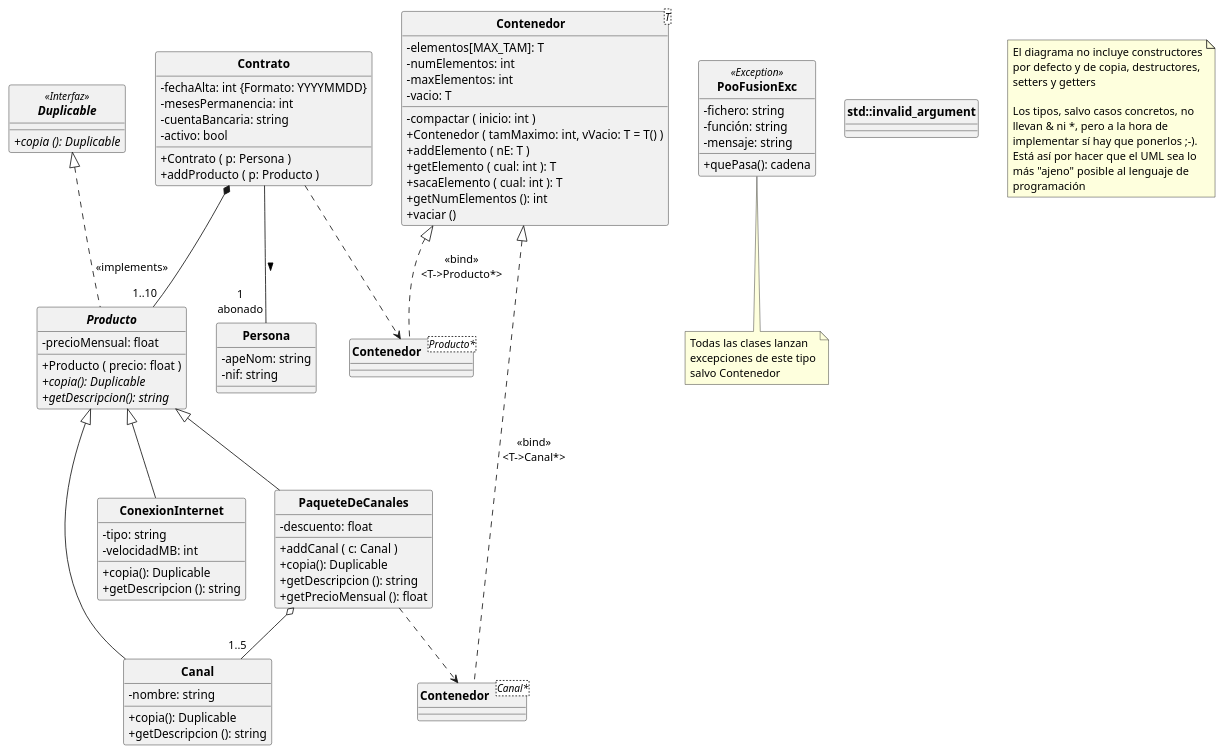
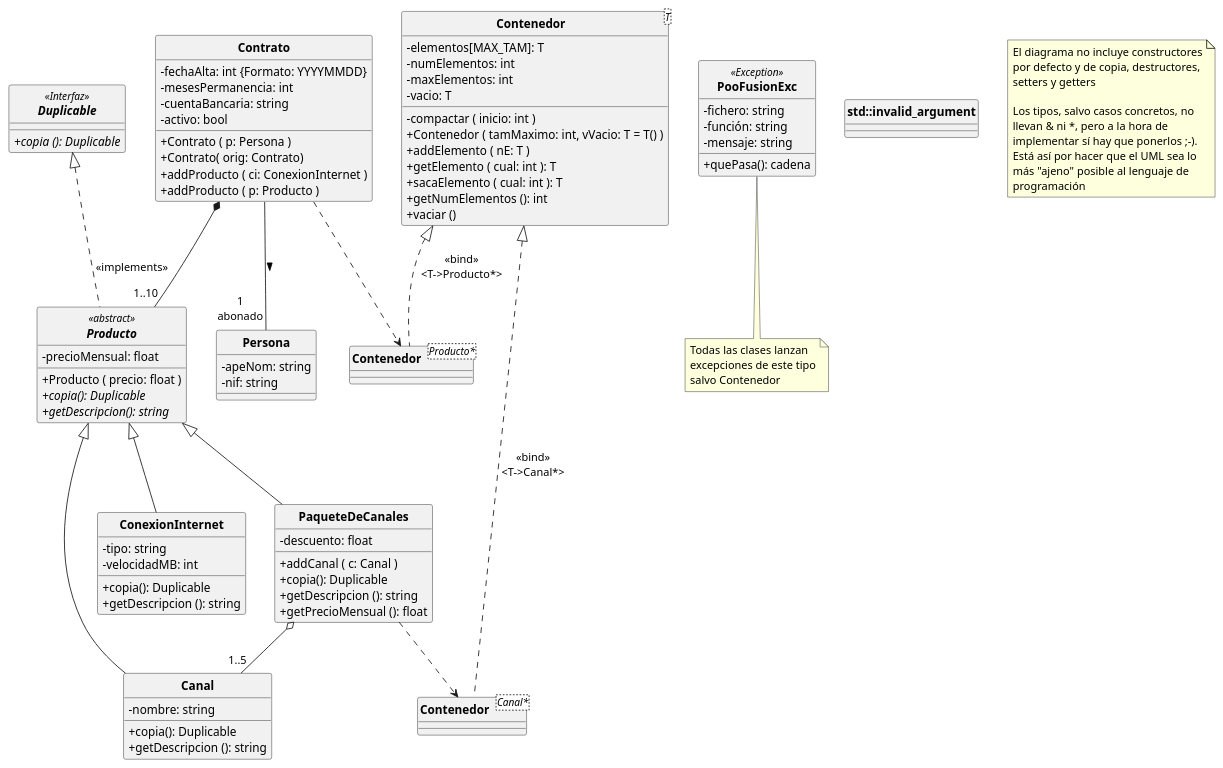
Before and after one commit to POOUJA/PooFusion: the diagram in PooFusion.puml, drawn with PlantUML. The commit also changed 6 other files, not shown here.

```diff
--- a/PooFusion.puml
+++ b/PooFusion.puml
@@ -1,114 +1,116 @@
 @startuml
 
 hide circle
 skinparam classattributeiconsize 0
 skinparam classFontStyle bold
 
 interface Duplicable<<Interfaz>> {
    + {abstract} copia (): Duplicable
 }
 
 class Persona {
    - apeNom: string
    - nif: string
 }
 
 class Contrato {
    - fechaAlta: int {Formato: YYYYMMDD}
    - mesesPermanencia: int
    - cuentaBancaria: string
    - activo: bool
    + Contrato ( p: Persona )
+   + Contrato( orig: Contrato)
+   + addProducto ( ci: ConexionInternet )
    + addProducto ( p: Producto )
 }
 
-abstract class Producto {
+abstract class Producto<<abstract>> {
    - precioMensual: float
    + Producto ( precio: float )
    + {abstract} copia(): Duplicable
    + {abstract} getDescripcion(): string
 }
 
 class ConexionInternet {
    - tipo: string
    - velocidadMB: int
    + copia(): Duplicable
    + getDescripcion (): string
 }
 
 class Canal {
    - nombre: string
    + copia(): Duplicable
    + getDescripcion (): string
 }
 
 class PaqueteDeCanales {
    - descuento: float
    + addCanal ( c: Canal )
    + copia(): Duplicable
    + getDescripcion (): string
    + getPrecioMensual (): float
 }
 
 class Contenedor<T> {
    - elementos[MAX_TAM]: T
    - numElementos: int
    - maxElementos: int
    - vacio: T
 
    - compactar ( inicio: int )
    + Contenedor ( tamMaximo: int, vVacio: T = T() )
    + addElemento ( nE: T )
    + getElemento ( cual: int ): T
    + sacaElemento ( cual: int ): T
    + getNumElementos (): int
    + vaciar ()
 }
 
 class PooFusionExc<<Exception>> {
    - fichero: string
    - función: string
    - mensaje: string
    + quePasa(): cadena
 }
 note bottom of PooFusionExc
    Todas las clases lanzan
    excepciones de este tipo
    salvo Contenedor
 end note
 
 class std::invalid_argument
 
 class "Contenedor<Canal*>" as CC {
 }
 
 class "Contenedor<Producto*>" as CP{
 }
 
 
 Contrato -- "1\nabonado" Persona: >
 Producto <|-- ConexionInternet 
 Producto <|-- Canal
 Producto <|-- PaqueteDeCanales
 Contenedor <|.. CP: <<bind>>\n<T->Producto*>
 Contrato ..> CP
 Contrato *-- "1..10" Producto
 Duplicable <|.. Producto: <<implements>>
 Contenedor <|.. CC: <<bind>>\n<T->Canal*>
 PaqueteDeCanales o-- "1..5"Canal
 PaqueteDeCanales ..> CC
 
 note as Nota1
    El diagrama no incluye constructores
    por defecto y de copia, destructores,
    setters y getters
 
    Los tipos, salvo casos concretos, no
    llevan & ni *, pero a la hora de
    implementar sí hay que ponerlos ;-). 
    Está así por hacer que el UML sea lo
    más "ajeno" posible al lenguaje de
    programación
 end note
 
 @enduml
```
